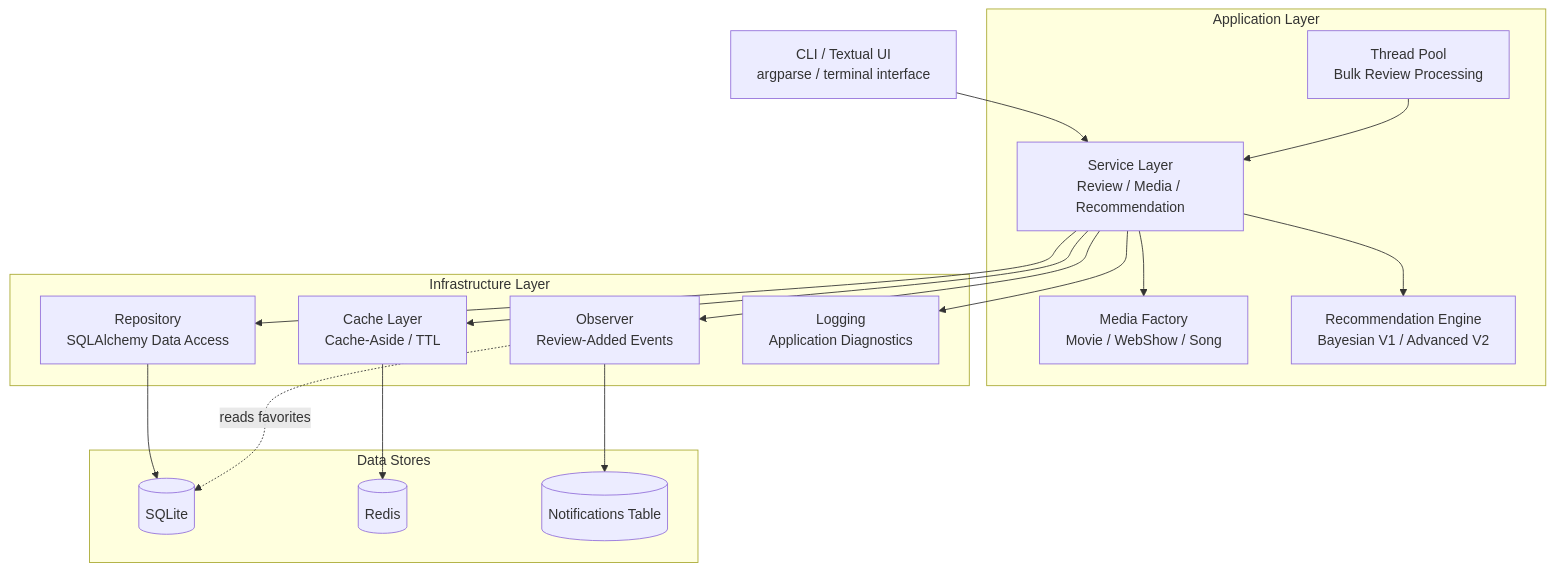
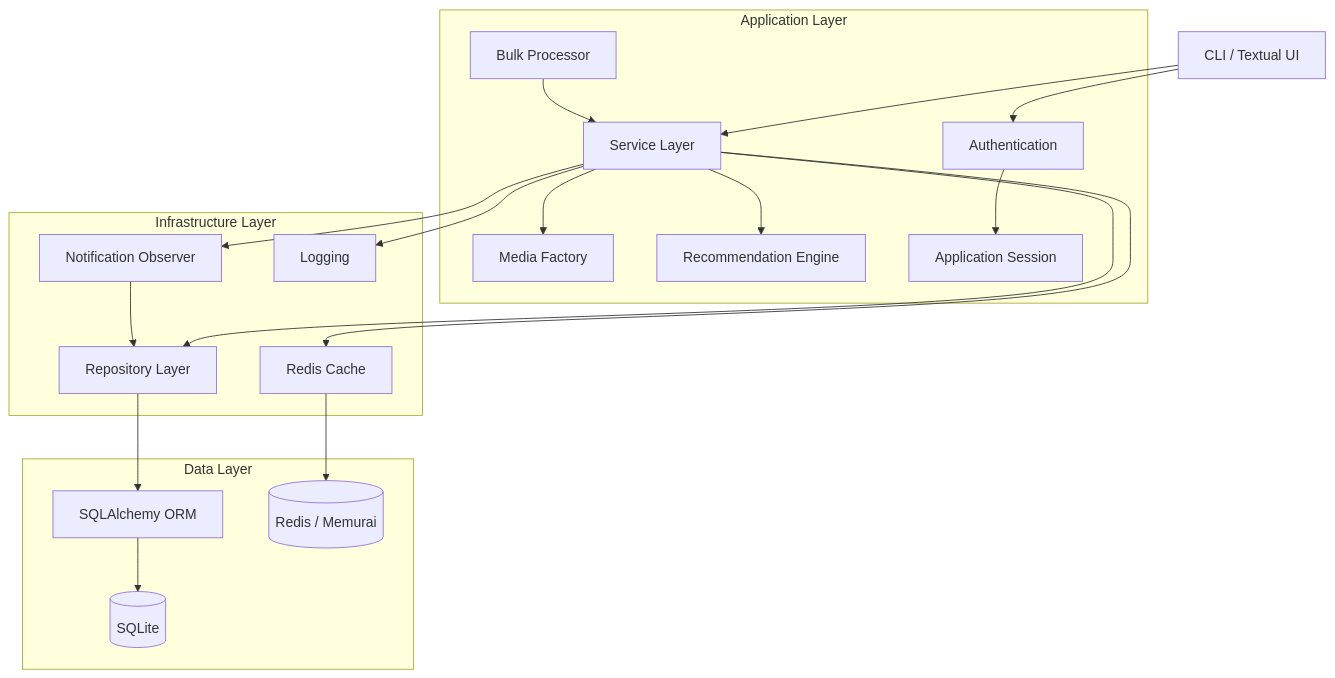
Before and after one commit to shaikalishamuskaan/MINI_PROJECT: the second of 9 diagrams in DESIGN DOC.md, drawn with Mermaid. The commit also changed other lines of this file and 2 other files, not shown here.

````diff
--- a/DESIGN DOC.md
+++ b/DESIGN DOC.md
@@ -311,37 +442,41 @@
 ```mermaid
 graph TD
-    UI["CLI / Textual UI<br/>argparse / terminal interface"]
+    UI["CLI / Textual UI"]
 
-    subgraph App["Application Layer"]
-        SVC["Service Layer<br/>Review / Media / Recommendation"]
-        FACTORY["Media Factory<br/>Movie / WebShow / Song"]
-        POOL["Thread Pool<br/>Bulk Review Processing"]
-        REC["Recommendation Engine<br/>Bayesian V1 / Advanced V2"]
+    subgraph Application["Application Layer"]
+        SERVICE["Service Layer"]
+        FACTORY["Media Factory"]
+        REC["Recommendation Engine"]
+        BULK["Bulk Processor"]
+        AUTH["Authentication"]
+        SESSION["Application Session"]
     end
 
-    subgraph Infra["Infrastructure Layer"]
-        REPO["Repository<br/>SQLAlchemy Data Access"]
-        CACHE["Cache Layer<br/>Cache-Aside / TTL"]
-        OBS["Observer<br/>Review-Added Events"]
-        LOG["Logging<br/>Application Diagnostics"]
+    subgraph Infrastructure["Infrastructure Layer"]
+        REPO["Repository Layer"]
+        CACHE["Redis Cache"]
+        OBS["Notification Observer"]
+        LOG["Logging"]
     end
 
-    subgraph Data["Data Stores"]
-        SQLITE[("SQLite")]
-        REDIS[("Redis")]
-        NOTIF[("Notifications Table")]
+    subgraph Data["Data Layer"]
+        ORM["SQLAlchemy ORM"]
+        DB[("SQLite")]
+        REDIS[("Redis / Memurai")]
     end
 
-    UI --> SVC
-    POOL --> SVC
-    SVC --> FACTORY
-    SVC --> REC
-    SVC --> REPO
-    SVC --> CACHE
-    SVC --> OBS
-    SVC --> LOG
-    REPO --> SQLITE
+    UI --> SERVICE
+    UI --> AUTH
+    AUTH --> SESSION
+    SERVICE --> FACTORY
+    SERVICE --> REC
+    SERVICE --> REPO
+    SERVICE --> CACHE
+    SERVICE --> OBS
+    SERVICE --> LOG
+    BULK --> SERVICE
+    REPO --> ORM
+    ORM --> DB
     CACHE --> REDIS
-    OBS --> NOTIF
-    OBS -.->|reads favorites| SQLITE
+    OBS --> REPO
 ```
````
